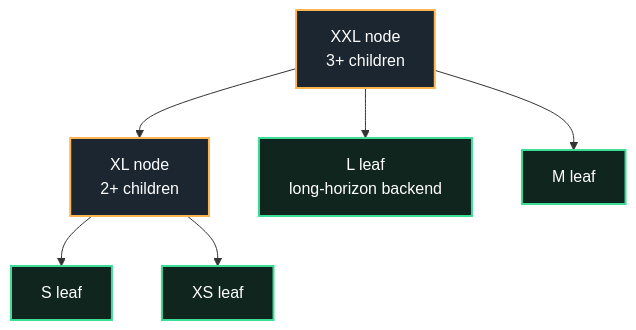
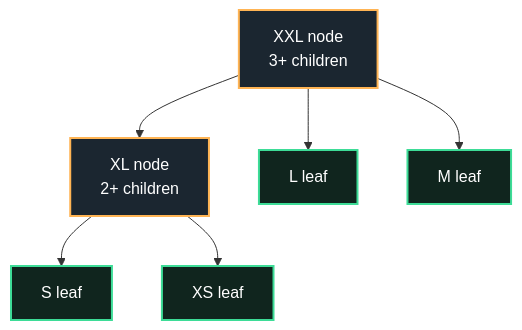
Before and after one commit to luanmorenommaciel/task-spec: the second of 2 diagrams in README.md, drawn with Mermaid. The commit also changed other lines of this file and 20 other files, not shown here.

````diff
--- a/README.md
+++ b/README.md
@@ -264,12 +375,12 @@
 ```mermaid
 flowchart TD
-    XXL["XXL node<br/>3+ children"] --> XL1["XL node<br/>2+ children"]
-    XXL --> L1["L leaf<br/>long-horizon backend"]
-    XXL --> M1["M leaf"]
-    XL1 --> S1["S leaf"]
-    XL1 --> XS1["XS leaf"]
+    XXL["XXL node<br/>3+ children"] --> XL["XL node<br/>2+ children"]
+    XXL --> L["L leaf"]
+    XXL --> M["M leaf"]
+    XL --> S["S leaf"]
+    XL --> XS["XS leaf"]
     classDef node fill:#1b2630,stroke:#ffb454,color:#ffffff,stroke-width:2px;
     classDef leaf fill:#10251e,stroke:#3ddc97,color:#ffffff,stroke-width:2px;
-    class XXL,XL1 node;
-    class L1,M1,S1,XS1 leaf;
+    class XXL,XL node;
+    class L,M,S,XS leaf;
 ```
````
